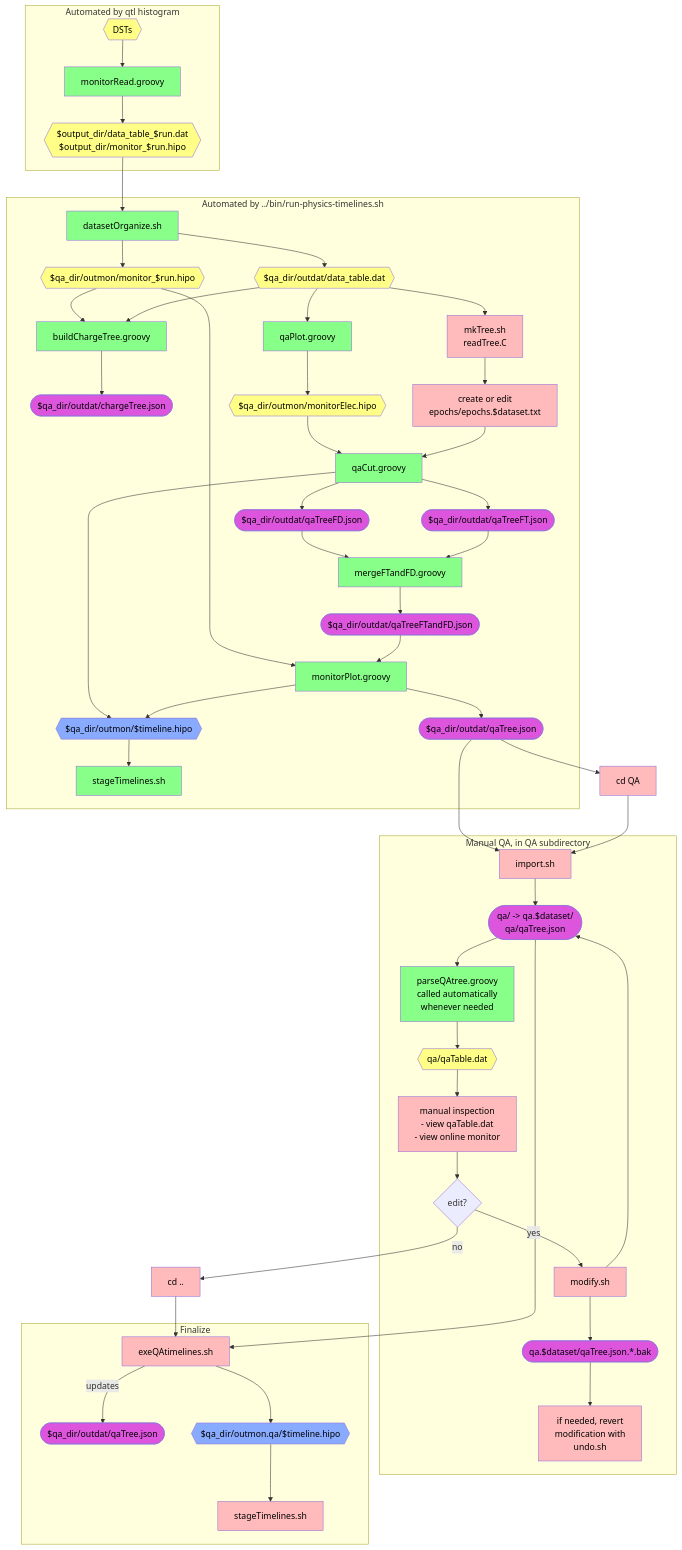
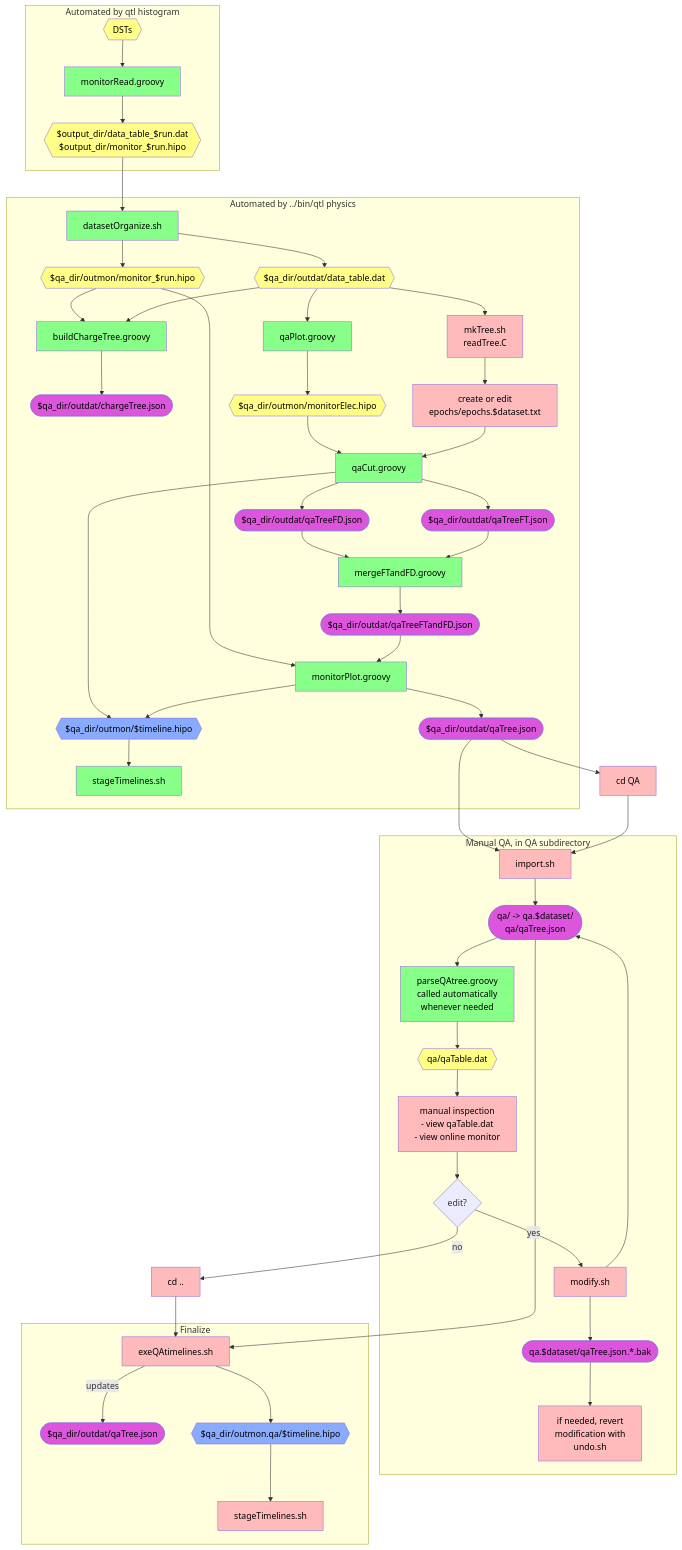
Before and after one commit to JeffersonLab/clas12-timeline: the second of 2 diagrams in qa-physics/docs/docDiagram.md, drawn with Mermaid. The commit also changed 17 other files, not shown here.

Commit message:
refactor!: run-physics-timelines.sh -> qtl-physics

```diff
--- a/qa-physics/docs/docDiagram.md
+++ b/qa-physics/docs/docDiagram.md
@@ -38,7 +38,7 @@
       monitorRead --> monitorReadOut
     end
 
-    subgraph "Automated by ../bin/run-physics-timelines.sh"
+    subgraph "Automated by ../bin/qtl physics"
       datasetOrganize[datasetOrganize.sh]:::auto
       outmonFiles{{$qa_dir/outmon/monitor_$run.hipo}}:::data
       outdatFiles{{$qa_dir/outdat/data_table.dat}}:::data
```
